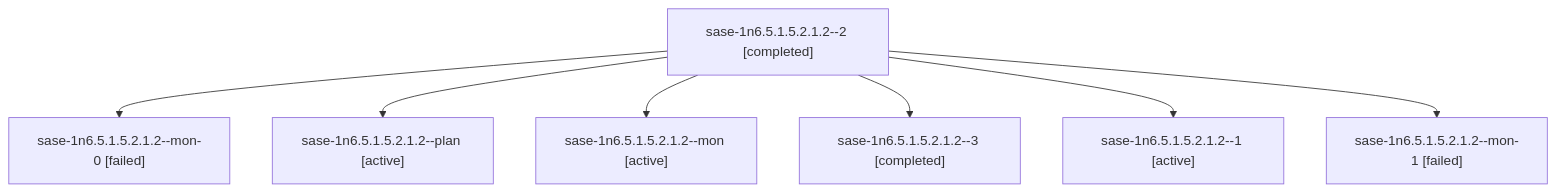
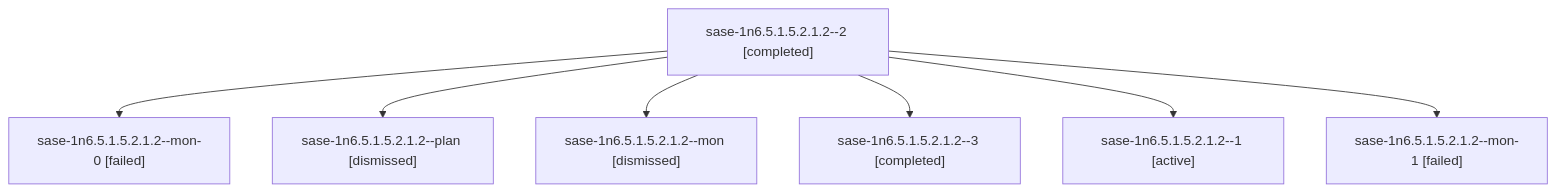
Before and after one commit to sase-org/sase--agents: the diagram in sessions/bbugyi200.athena.sase-1n6.5.1.5.2.1.2.md, drawn with Mermaid. The commit also changed other lines of this file and 247 other files, not shown here.

````diff
--- a/sessions/bbugyi200.athena.sase-1n6.5.1.5.2.1.2.md
+++ b/sessions/bbugyi200.athena.sase-1n6.5.1.5.2.1.2.md
@@ -9,16 +9,16 @@
 ```mermaid
 flowchart TD
   n0["sase-1n6.5.1.5.2.1.2--2 [completed]"]
   n1["sase-1n6.5.1.5.2.1.2--mon-0 [failed]"]
   n0 --> n1
-  n2["sase-1n6.5.1.5.2.1.2--plan [active]"]
+  n2["sase-1n6.5.1.5.2.1.2--plan [dismissed]"]
   n0 --> n2
-  n3["sase-1n6.5.1.5.2.1.2--mon [active]"]
+  n3["sase-1n6.5.1.5.2.1.2--mon [dismissed]"]
   n0 --> n3
   n4["sase-1n6.5.1.5.2.1.2--3 [completed]"]
   n0 --> n4
   n5["sase-1n6.5.1.5.2.1.2--1 [active]"]
   n0 --> n5
   n6["sase-1n6.5.1.5.2.1.2--mon-1 [failed]"]
   n0 --> n6
 ```
````
